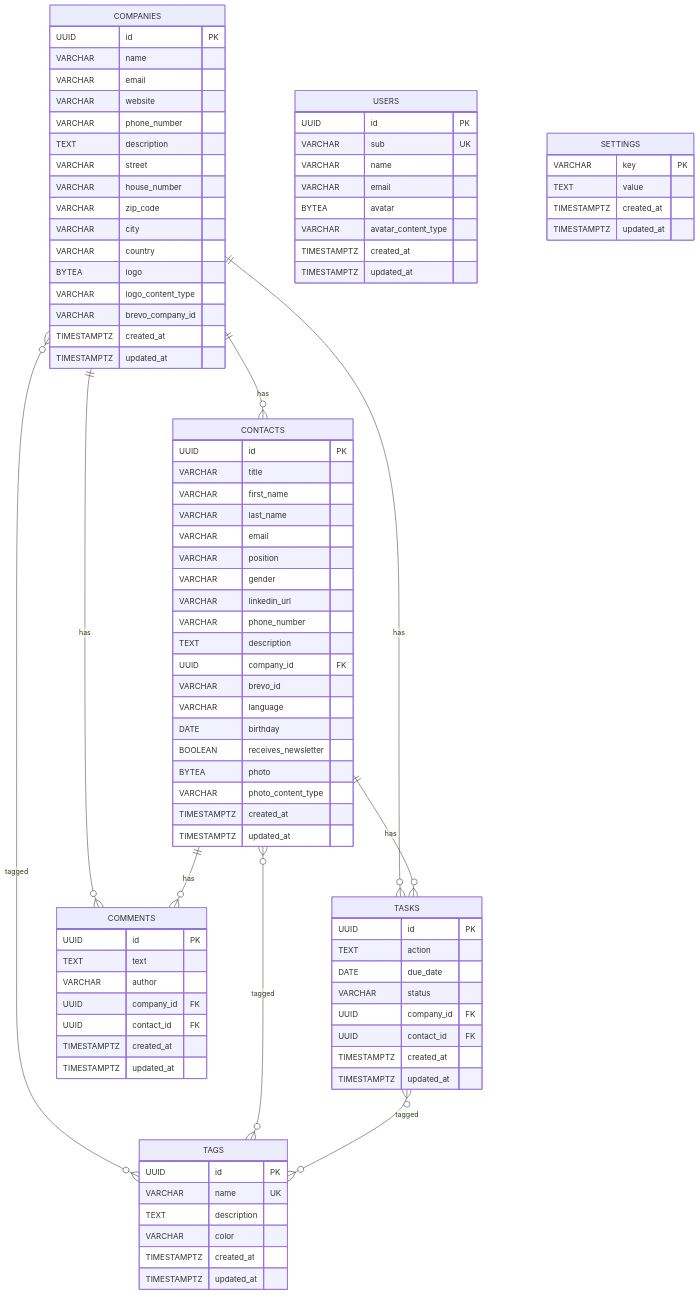
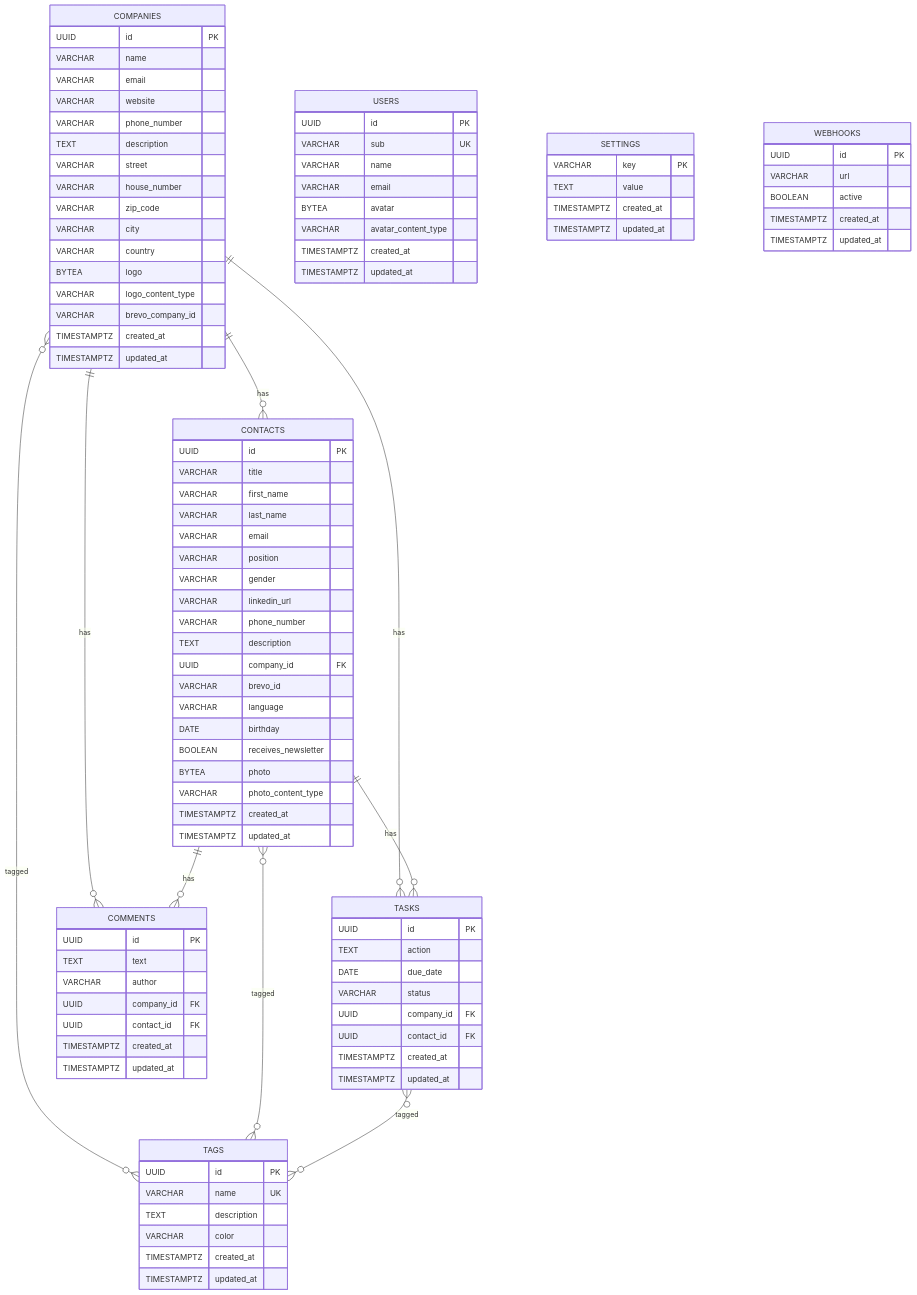
The second of 3 diagrams in .claude/conventions/project-specific/project-architecture.md (OpenElementsLabs/open-crm), drawn with Mermaid before and after one commit. The commit also changed other lines of this file and 29 other files, not shown here.

```diff
--- a/.claude/conventions/project-specific/project-architecture.md
+++ b/.claude/conventions/project-specific/project-architecture.md
@@ -118,6 +119,13 @@
         TIMESTAMPTZ created_at
         TIMESTAMPTZ updated_at
     }
+    WEBHOOKS {
+        UUID id PK
+        VARCHAR url
+        BOOLEAN active
+        TIMESTAMPTZ created_at
+        TIMESTAMPTZ updated_at
+    }
     COMPANIES ||--o{ CONTACTS : "has"
     COMPANIES ||--o{ COMMENTS : "has"
     COMPANIES ||--o{ TASKS : "has"
```
